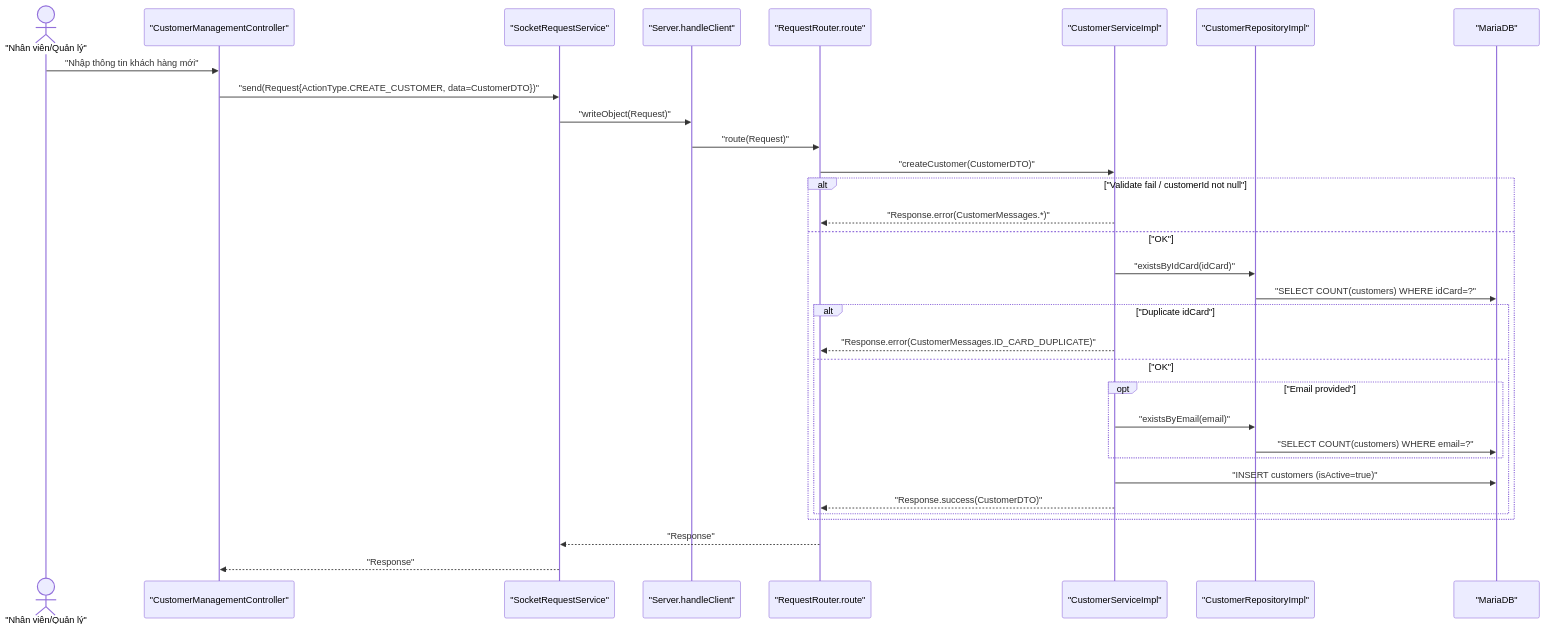
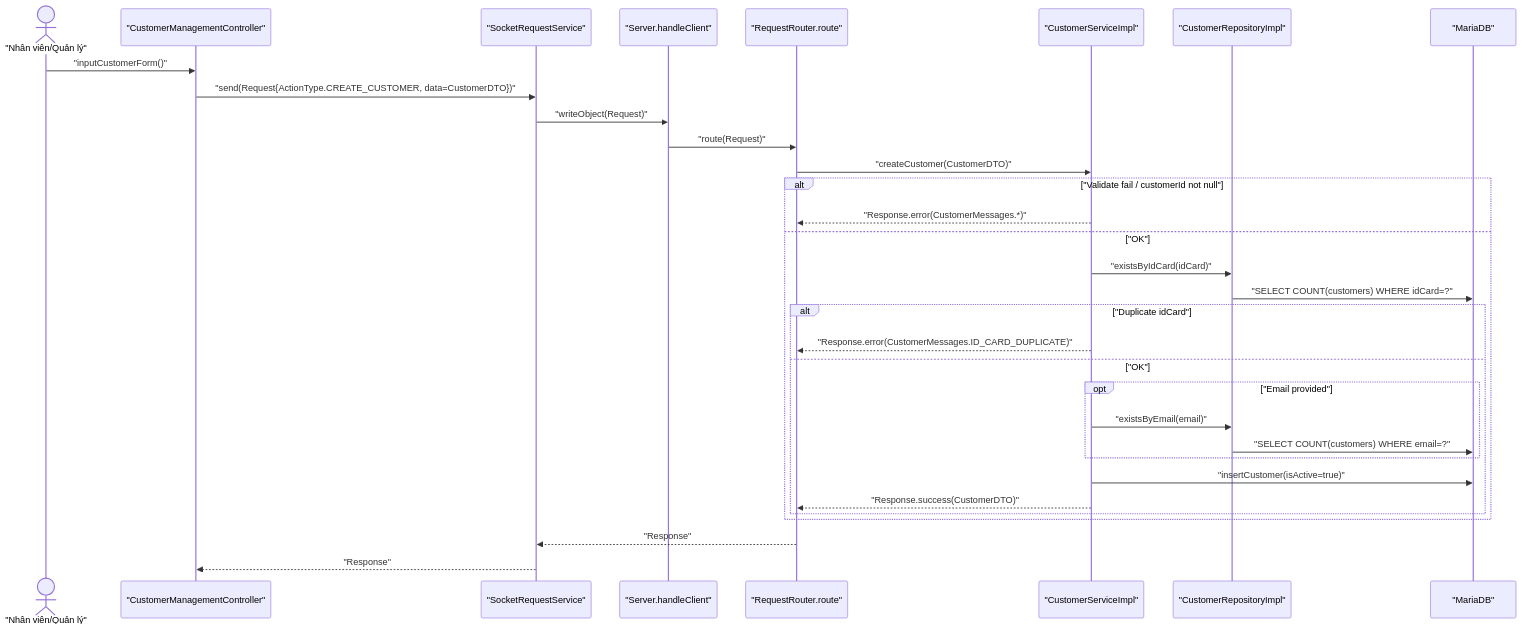
Before and after one commit to Distributed-Programing-Project/railway-reservation-system-server: the diagram in docs/diagrams/sequence/uc004-them-khach-hang.md, drawn with Mermaid. The commit also changed other lines of this file and 6 other files, not shown here.

Commit message:
fix: syntax diagram

````diff
--- a/docs/diagrams/sequence/uc004-them-khach-hang.md
+++ b/docs/diagrams/sequence/uc004-them-khach-hang.md
@@ -3,35 +3,35 @@
 ```mermaid
 sequenceDiagram
   actor User as "Nhân viên/Quản lý"
   participant UI as "CustomerManagementController"
   participant Socket as "SocketRequestService"
   participant Server as "Server.handleClient"
   participant Router as "RequestRouter.route"
   participant Svc as "CustomerServiceImpl"
   participant Repo as "CustomerRepositoryImpl"
   participant DB as "MariaDB"
 
-  User->>UI: "Nhập thông tin khách hàng mới"
+  User->>UI: "inputCustomerForm()"
   UI->>Socket: "send(Request{ActionType.CREATE_CUSTOMER, data=CustomerDTO})"
   Socket->>Server: "writeObject(Request)"
   Server->>Router: "route(Request)"
   Router->>Svc: "createCustomer(CustomerDTO)"
   alt "Validate fail / customerId not null"
     Svc-->>Router: "Response.error(CustomerMessages.*)"
   else "OK"
     Svc->>Repo: "existsByIdCard(idCard)"
     Repo->>DB: "SELECT COUNT(customers) WHERE idCard=?"
     alt "Duplicate idCard"
       Svc-->>Router: "Response.error(CustomerMessages.ID_CARD_DUPLICATE)"
     else "OK"
       opt "Email provided"
         Svc->>Repo: "existsByEmail(email)"
         Repo->>DB: "SELECT COUNT(customers) WHERE email=?"
       end
-      Svc->>DB: "INSERT customers (isActive=true)"
+      Svc->>DB: "insertCustomer(isActive=true)"
       Svc-->>Router: "Response.success(CustomerDTO)"
     end
   end
   Router-->>Socket: "Response"
   Socket-->>UI: "Response"
 ```
````
